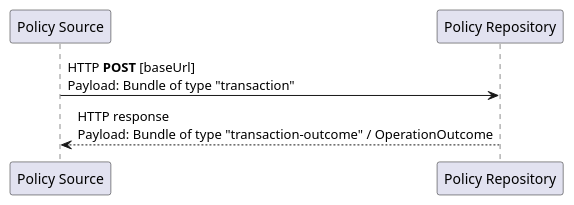
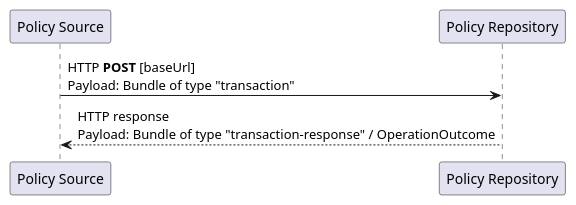
One commit to ehealthsuisse/ch-epr-ppqm changed the diagram in input/images-source/PPQ-4.plantuml. Above: the diagram before and after it, drawn with PlantUML. The commit also changed 10 other files, not shown here.

```diff
--- a/input/images-source/PPQ-4.plantuml
+++ b/input/images-source/PPQ-4.plantuml
@@ -1,9 +1,9 @@
 @startuml
 
 participant "Policy Source" as Source
 participant "Policy Repository" as Repo
 
 Source -> Repo: HTTP <b>POST</b> [baseUrl]\nPayload: Bundle of type "transaction"
-Repo --> Source: HTTP response\nPayload: Bundle of type "transaction-outcome" / OperationOutcome
+Repo --> Source: HTTP response\nPayload: Bundle of type "transaction-response" / OperationOutcome
 
 @enduml
```
